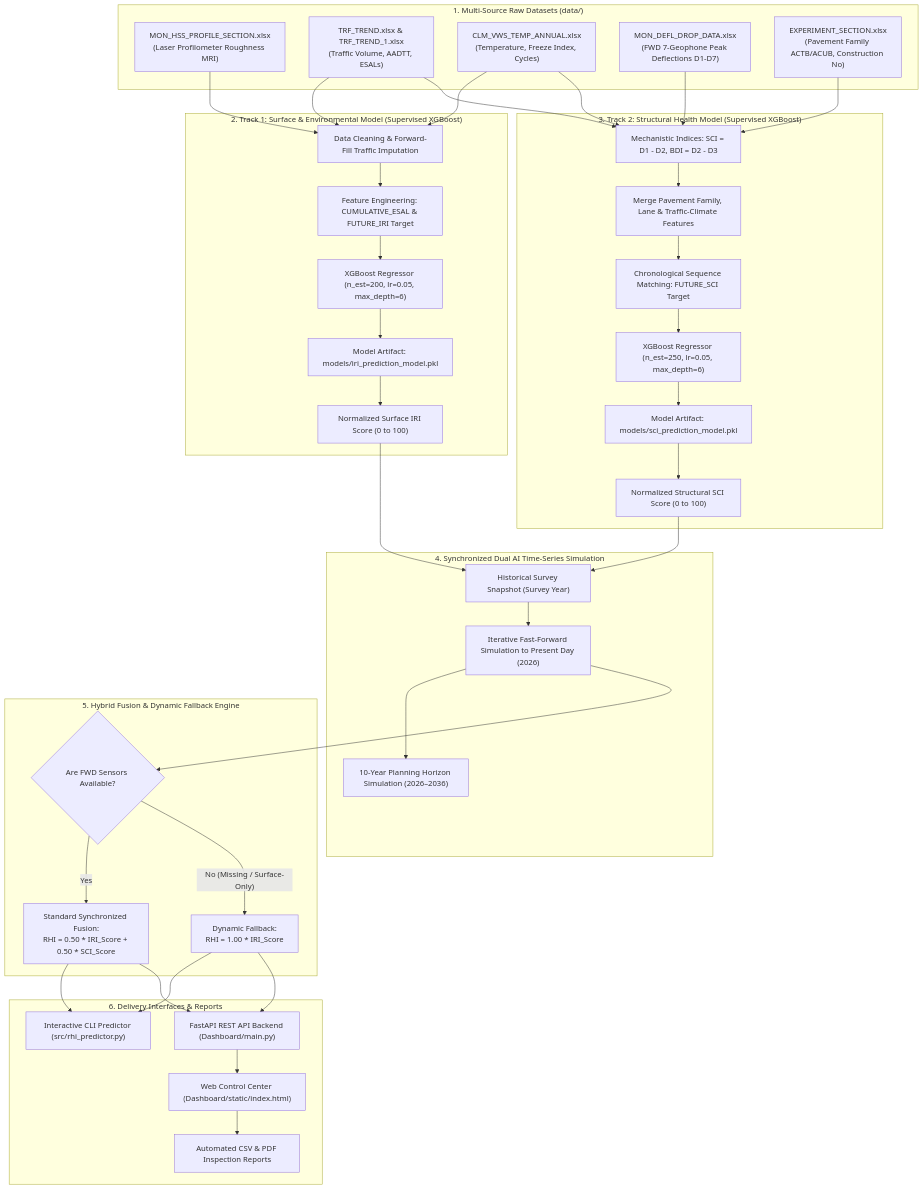
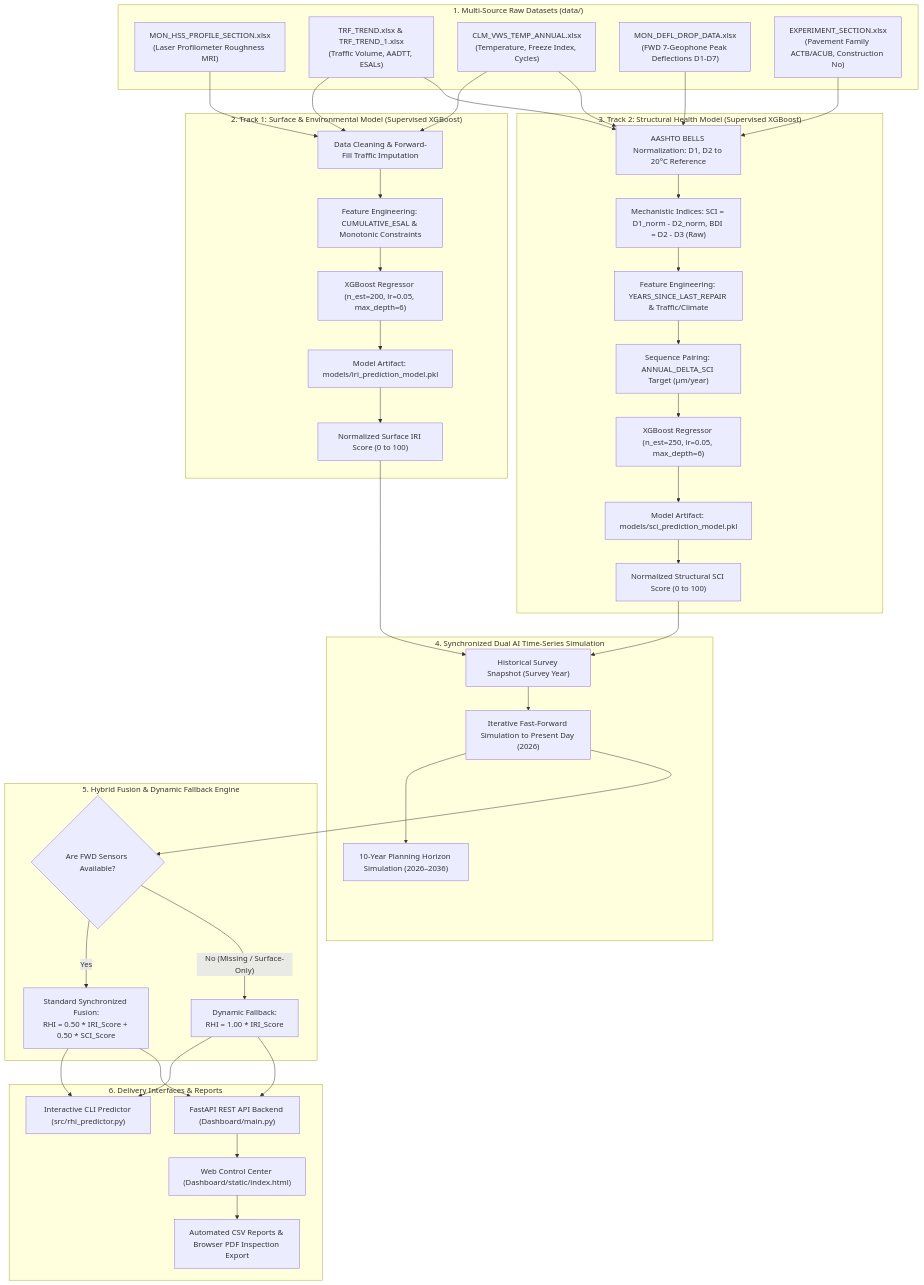
The diagram in README.md (Harshibmx65/Road-RSL-Prediction), drawn with Mermaid before and after one commit. The commit also changed other lines of this file, not shown here.

````diff
--- a/README.md
+++ b/README.md
@@ -131,55 +138,56 @@
 ```mermaid
 flowchart TD
     subgraph DataSources["1. Multi-Source Raw Datasets (data/)"]
         D1["MON_HSS_PROFILE_SECTION.xlsx<br/>(Laser Profilometer Roughness MRI)"]
         D2["TRF_TREND.xlsx & TRF_TREND_1.xlsx<br/>(Traffic Volume, AADTT, ESALs)"]
         D3["CLM_VWS_TEMP_ANNUAL.xlsx<br/>(Temperature, Freeze Index, Cycles)"]
         D4["MON_DEFL_DROP_DATA.xlsx<br/>(FWD 7-Geophone Peak Deflections D1-D7)"]
         D5["EXPERIMENT_SECTION.xlsx<br/>(Pavement Family ACTB/ACUB, Construction No)"]
     end
 
     subgraph Track1["2. Track 1: Surface & Environmental Model (Supervised XGBoost)"]
         P1["Data Cleaning & Forward-Fill Traffic Imputation"]
-        P2["Feature Engineering: CUMULATIVE_ESAL & FUTURE_IRI Target"]
+        P2["Feature Engineering: CUMULATIVE_ESAL & Monotonic Constraints"]
         P3["XGBoost Regressor (n_est=200, lr=0.05, max_depth=6)"]
         P4["Model Artifact: models/iri_prediction_model.pkl"]
         P5["Normalized Surface IRI Score (0 to 100)"]
         D1 & D2 & D3 --> P1 --> P2 --> P3 --> P4 --> P5
     end
 
     subgraph Track2["3. Track 2: Structural Health Model (Supervised XGBoost)"]
-        S1["Mechanistic Indices: SCI = D1 - D2, BDI = D2 - D3"]
-        S2["Merge Pavement Family, Lane & Traffic-Climate Features"]
-        S3["Chronological Sequence Matching: FUTURE_SCI Target"]
-        S4["XGBoost Regressor (n_est=250, lr=0.05, max_depth=6)"]
-        S5["Model Artifact: models/sci_prediction_model.pkl"]
-        S6["Normalized Structural SCI Score (0 to 100)"]
-        D4 & D5 & D2 & D3 --> S1 --> S2 --> S3 --> S4 --> S5 --> S6
+        S1["AASHTO BELLS Normalization: D1, D2 to 20°C Reference"]
+        S2["Mechanistic Indices: SCI = D1_norm - D2_norm, BDI = D2 - D3 (Raw)"]
+        S3["Feature Engineering: YEARS_SINCE_LAST_REPAIR & Traffic/Climate"]
+        S4["Sequence Pairing: ANNUAL_DELTA_SCI Target (µm/year)"]
+        S5["XGBoost Regressor (n_est=250, lr=0.05, max_depth=6)"]
+        S6["Model Artifact: models/sci_prediction_model.pkl"]
+        S7["Normalized Structural SCI Score (0 to 100)"]
+        D4 & D5 & D2 & D3 --> S1 --> S2 --> S3 --> S4 --> S5 --> S6 --> S7
     end
 
     subgraph SimulationEngine["4. Synchronized Dual AI Time-Series Simulation"]
         SE1["Historical Survey Snapshot (Survey Year)"]
         SE2["Iterative Fast-Forward Simulation to Present Day (2026)"]
         SE3["10-Year Planning Horizon Simulation (2026–2036)"]
-        P5 & S6 --> SE1 --> SE2 --> SE3
+        P5 & S7 --> SE1 --> SE2 --> SE3
     end
 
     subgraph FusionEngine["5. Hybrid Fusion & Dynamic Fallback Engine"]
         F1{"Are FWD Sensors Available?"}
         F2["Standard Synchronized Fusion:<br/>RHI = 0.50 * IRI_Score + 0.50 * SCI_Score"]
         F3["Dynamic Fallback:<br/>RHI = 1.00 * IRI_Score"]
         SE2 --> F1
         F1 -- Yes --> F2
         F1 -- No (Missing / Surface-Only) --> F3
     end
 
     subgraph Delivery["6. Delivery Interfaces & Reports"]
         U1["Interactive CLI Predictor (src/rhi_predictor.py)"]
         U2["FastAPI REST API Backend (Dashboard/main.py)"]
         U3["Web Control Center (Dashboard/static/index.html)"]
-        U4["Automated CSV & PDF Inspection Reports"]
+        U4["Automated CSV Reports & Browser PDF Inspection Export"]
         F2 --> U1 & U2
         F3 --> U1 & U2
         U2 --> U3 --> U4
     end
 ```
````
